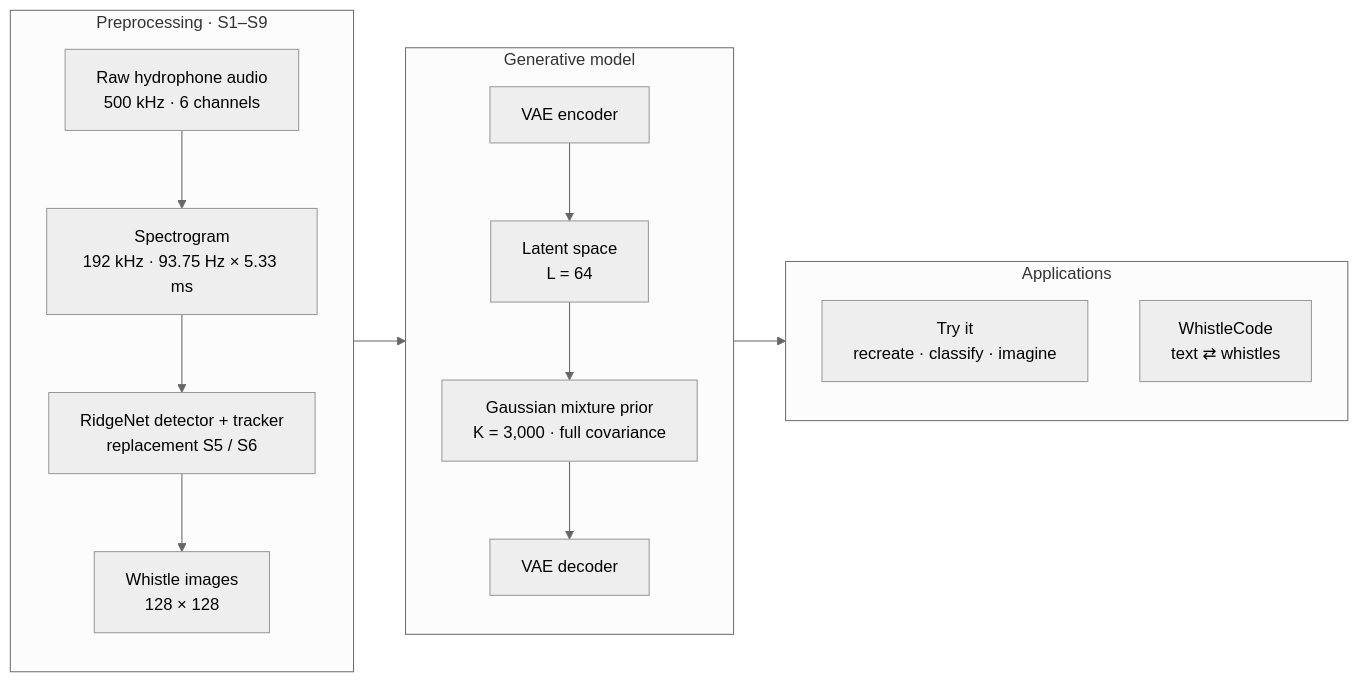
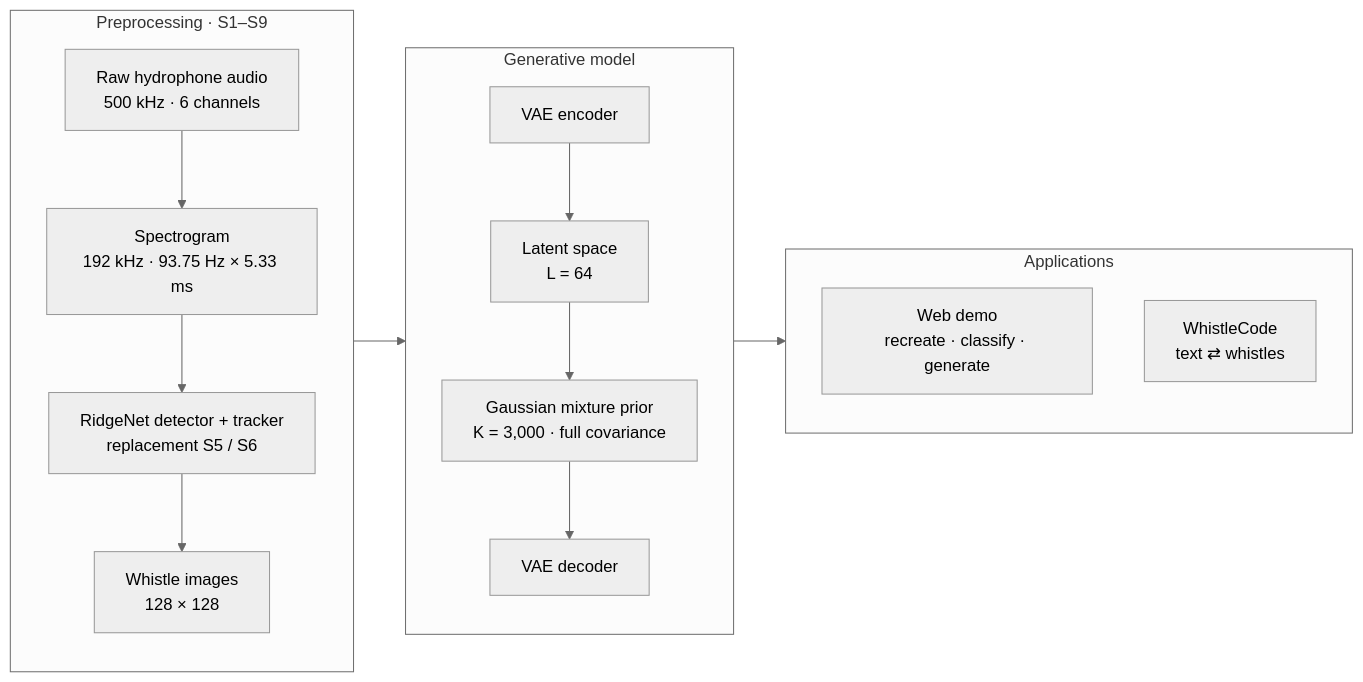
One commit to Brindanjali/cetacean_whistle_reproduction changed the diagram in README.md. Above: the diagram before and after it, drawn with Mermaid (neutral theme). The commit also changed other lines of this file and 10 other files, not shown here.

````diff
--- a/README.md
+++ b/README.md
@@ -58,21 +55,21 @@
 ```mermaid
 flowchart LR
     subgraph PRE["Preprocessing · S1–S9"]
         direction TB
         A["Raw hydrophone audio<br/>500 kHz · 6 channels"] --> B["Spectrogram<br/>192 kHz · 93.75 Hz × 5.33 ms"]
         B --> C["RidgeNet detector + tracker<br/>replacement S5 / S6"]
         C --> D["Whistle images<br/>128 × 128"]
     end
     subgraph MOD["Generative model"]
         direction TB
         E["VAE encoder"] --> F["Latent space<br/>L = 64"]
         F --> G["Gaussian mixture prior<br/>K = 3,000 · full covariance"]
         G --> H["VAE decoder"]
     end
     subgraph APP["Applications"]
         direction TB
-        I["Try it<br/>recreate · classify · imagine"]
+        I["Web demo<br/>recreate · classify · generate"]
         J["WhistleCode<br/>text ⇄ whistles"]
     end
     PRE --> MOD --> APP
 ```
````
